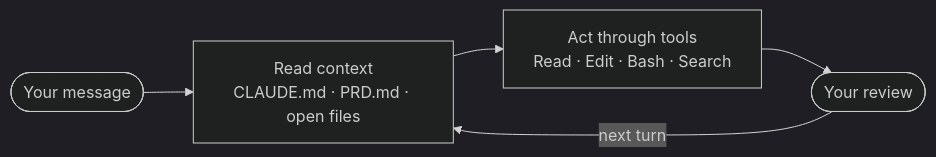
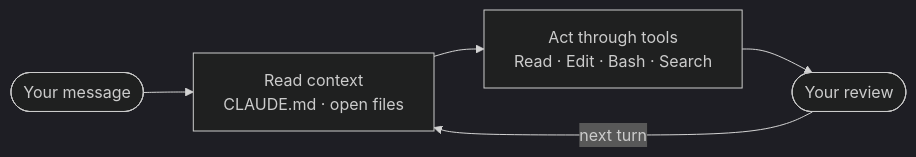
Before and after one commit to agentechnic/getting-real-with-claude-code: the diagram in resources/start-here.md, drawn with Mermaid (dark theme). The commit also changed other lines of this file and 6 other files, not shown here.

````diff
--- a/resources/start-here.md
+++ b/resources/start-here.md
@@ -21,7 +25,7 @@
 ```mermaid
 flowchart LR
-    msg(["Your message"]) --> read["Read context\nCLAUDE.md · PRD.md · open files"]
+    msg(["Your message"]) --> read["Read context\nCLAUDE.md · open files"]
     read --> act["Act through tools\nRead · Edit · Bash · Search"]
     act --> review(["Your review"])
     review -->|next turn| read
 ```
````
